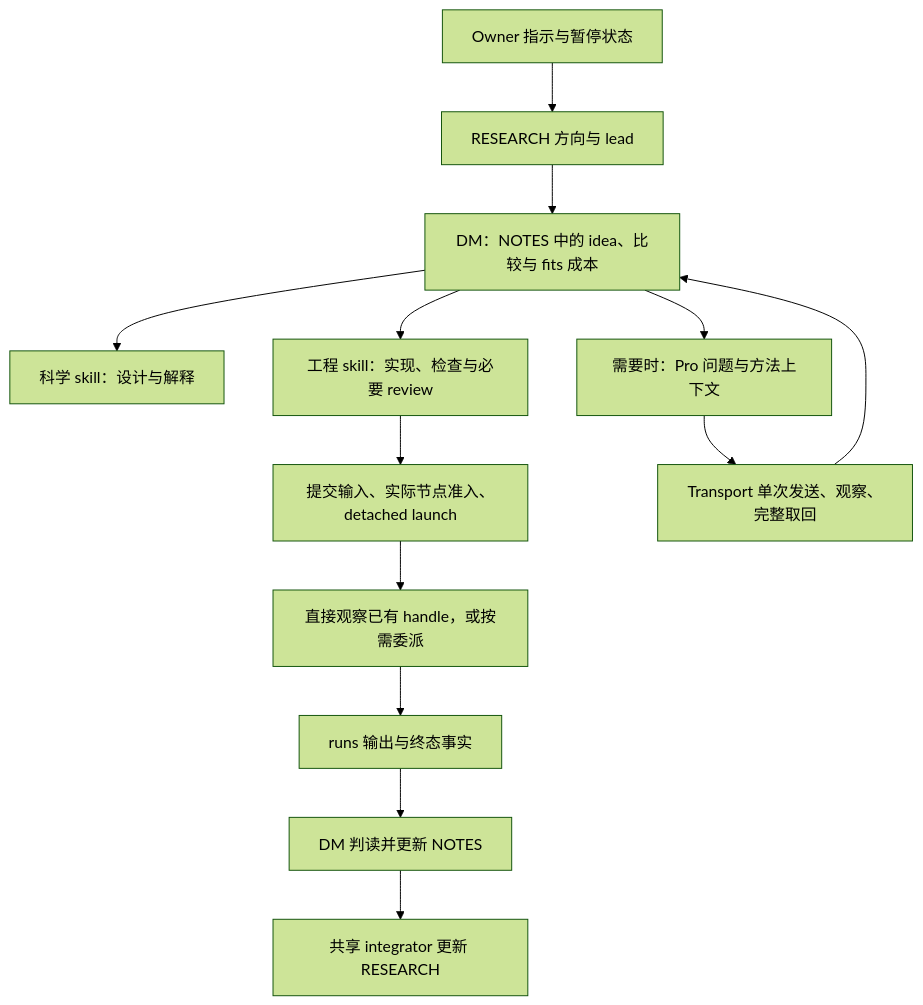
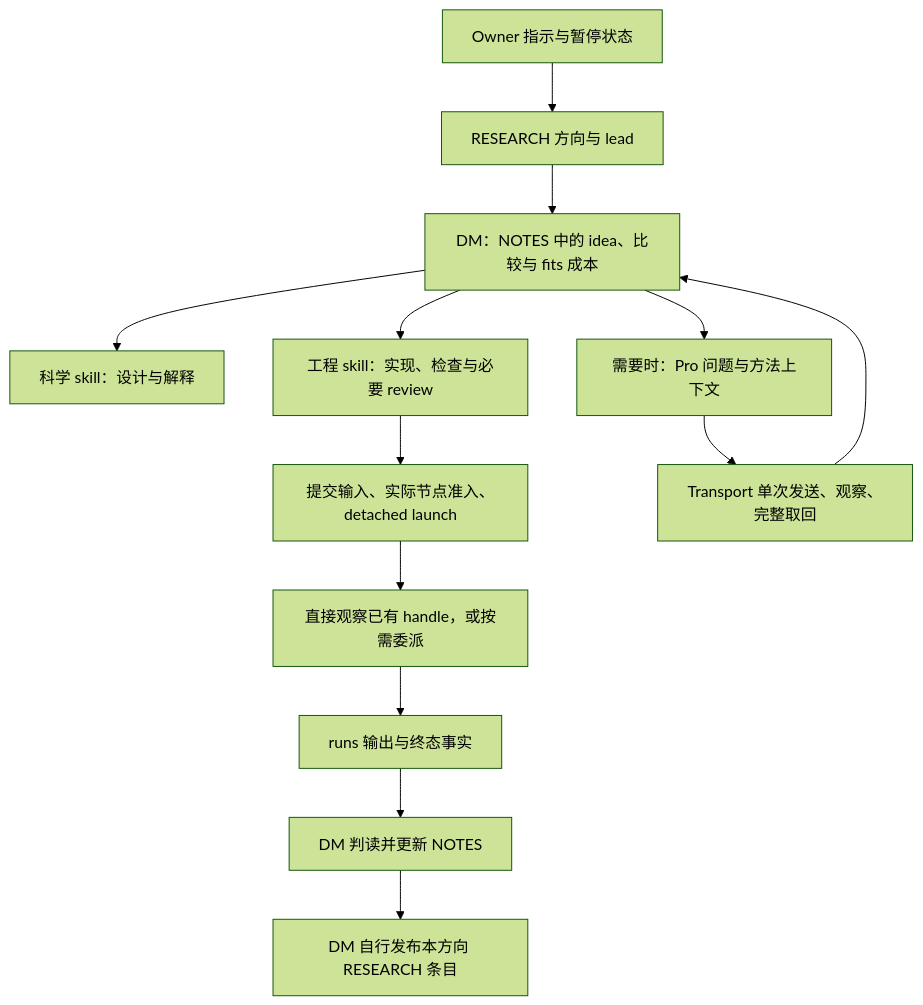
Before and after one commit to CartmanFatass/My-paper-code: the diagram in docs/project/CONTROL_PLANE_GUIDANCE.md, drawn with Mermaid (forest theme). The commit also changed other lines of this file and 13 other files, not shown here.

````diff
--- a/docs/project/CONTROL_PLANE_GUIDANCE.md
+++ b/docs/project/CONTROL_PLANE_GUIDANCE.md
@@ -106,15 +110,15 @@
 ```mermaid
 flowchart TD
     A[Owner 指示与暂停状态] --> B[RESEARCH 方向与 lead]
     B --> C[DM：NOTES 中的 idea、比较与 fits 成本]
     C --> D[科学 skill：设计与解释]
     C --> E[工程 skill：实现、检查与必要 review]
     E --> F[提交输入、实际节点准入、detached launch]
     F --> G[直接观察已有 handle，或按需委派]
     G --> H[runs 输出与终态事实]
     H --> I[DM 判读并更新 NOTES]
-    I --> J[共享 integrator 更新 RESEARCH]
+    I --> J[DM 自行发布本方向 RESEARCH 条目]
     C --> K[需要时：Pro 问题与方法上下文]
     K --> L[Transport 单次发送、观察、完整取回]
     L --> C
 ```
````
